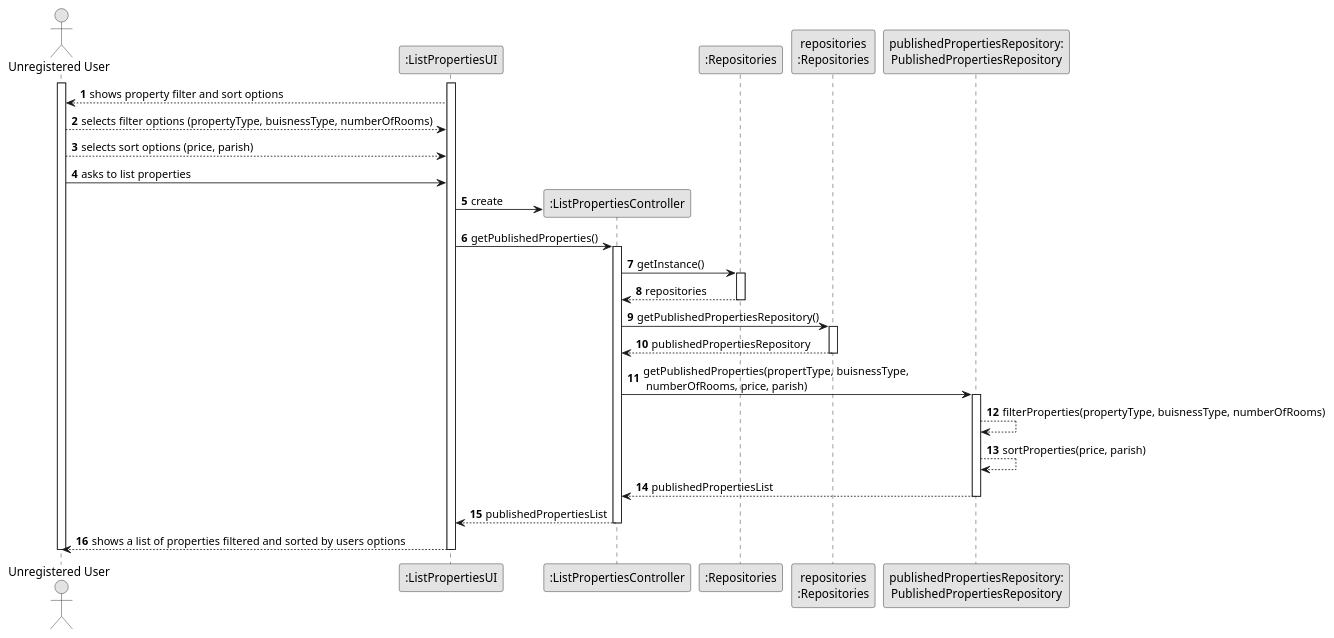
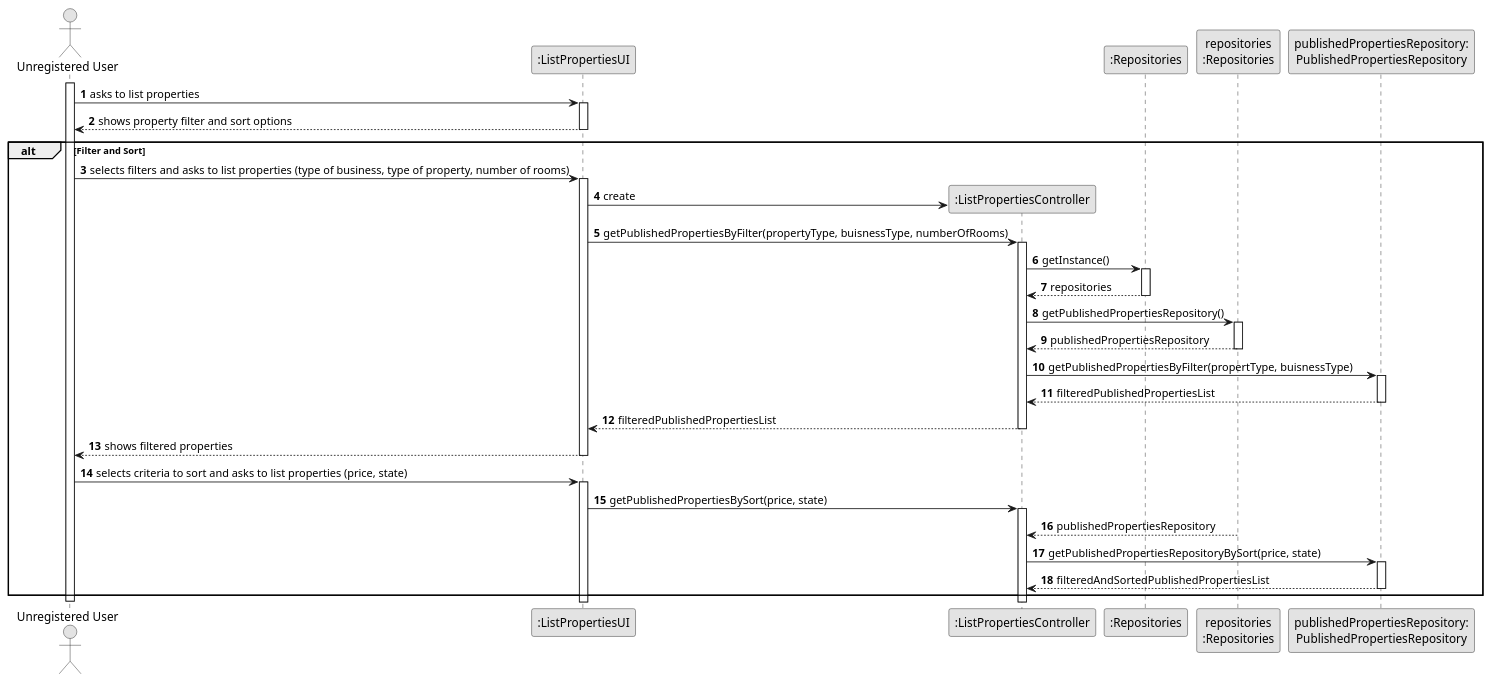
Before and after one commit to Goncalves2525/real-estate-management-system: the diagram in docs/sprintB/us001/03.design/puml/us001-sequence-diagram-full.puml, drawn with PlantUML. The commit also changed 2 other files, not shown here.

```diff
--- a/docs/sprintB/us001/03.design/puml/us001-sequence-diagram-full.puml
+++ b/docs/sprintB/us001/03.design/puml/us001-sequence-diagram-full.puml
@@ -1,62 +1,82 @@
 @startuml
 skinparam monochrome true
 skinparam packageStyle rectangle
 skinparam shadowing false
 
 autonumber
 
 'hide footbox
 actor "Unregistered User" as uUser
 participant ":ListPropertiesUI" as UI
 participant ":ListPropertiesController" as CTRL
 participant ":Repositories" as REPOS
 participant "repositories\n:Repositories" as repos
 participant "publishedPropertiesRepository:\nPublishedPropertiesRepository" as PublishedPropertiesRepository
 
 activate uUser
 
 
 
-        activate UI
+
 
 '            UI --> ADM : requests data (reference, description,  informal \n description, technical description, duration, cost)
             'create CTRL
+            uUser -> UI : asks to list properties
+            activate UI
+
             UI --> uUser : shows property filter and sort options
-            uUser --> UI : selects filter options (propertyType, buisnessType, numberOfRooms)
-            uUser --> UI : selects sort options (price, parish)
-            uUser -> UI : asks to list properties
-            UI -> CTRL** : create
+            deactivate UI
 
-            UI -> CTRL : getPublishedProperties()
-            activate CTRL
+
+            alt Filter and Sort
+                uUser -> UI : selects filters and asks to list properties (type of business, type of property, number of rooms)
+                activate UI
+
+                UI -> CTRL** : create
+
+                UI -> CTRL : getPublishedPropertiesByFilter(propertyType, buisnessType, numberOfRooms)
+                activate CTRL
 
                 CTRL -> REPOS : getInstance()
                 activate REPOS
 
-                    REPOS --> CTRL: repositories
+                REPOS --> CTRL: repositories
                 deactivate REPOS
 
                 CTRL -> repos : getPublishedPropertiesRepository()
                 activate repos
 
-                    repos --> CTRL: publishedPropertiesRepository
+                repos --> CTRL: publishedPropertiesRepository
                 deactivate repos
 
-                CTRL -> PublishedPropertiesRepository : getPublishedProperties(propertType, buisnessType,\n numberOfRooms, price, parish)
+                CTRL -> PublishedPropertiesRepository : getPublishedPropertiesByFilter(propertType, buisnessType)
                 activate PublishedPropertiesRepository
 
-                    PublishedPropertiesRepository --> PublishedPropertiesRepository : filterProperties(propertyType, buisnessType, numberOfRooms)
-                    PublishedPropertiesRepository --> PublishedPropertiesRepository : sortProperties(price, parish)
-                    PublishedPropertiesRepository --> CTRL : publishedPropertiesList
-
+                PublishedPropertiesRepository --> CTRL : filteredPublishedPropertiesList
                 deactivate PublishedPropertiesRepository
 
-                CTRL --> UI : publishedPropertiesList
-            deactivate CTRL
+                CTRL --> UI : filteredPublishedPropertiesList
+                deactivate CTRL
 
-            UI --> uUser : shows a list of properties filtered and sorted by users options
-        deactivate UI
+                UI --> uUser : shows filtered properties
+                deactivate UI
+
+                uUser -> UI : selects criteria to sort and asks to list properties (price, state)
+                activate UI
+
+                UI -> CTRL : getPublishedPropertiesBySort(price, state)
+                activate CTRL
+
+                repos --> CTRL : publishedPropertiesRepository
+                deactivate repos
+
+                CTRL -> PublishedPropertiesRepository : getPublishedPropertiesRepositoryBySort(price, state)
+                activate PublishedPropertiesRepository
+
+                PublishedPropertiesRepository --> CTRL : filteredAndSortedPublishedPropertiesList
+                deactivate PublishedPropertiesRepository
+            end
 
 deactivate uUser
 
 @enduml
```
